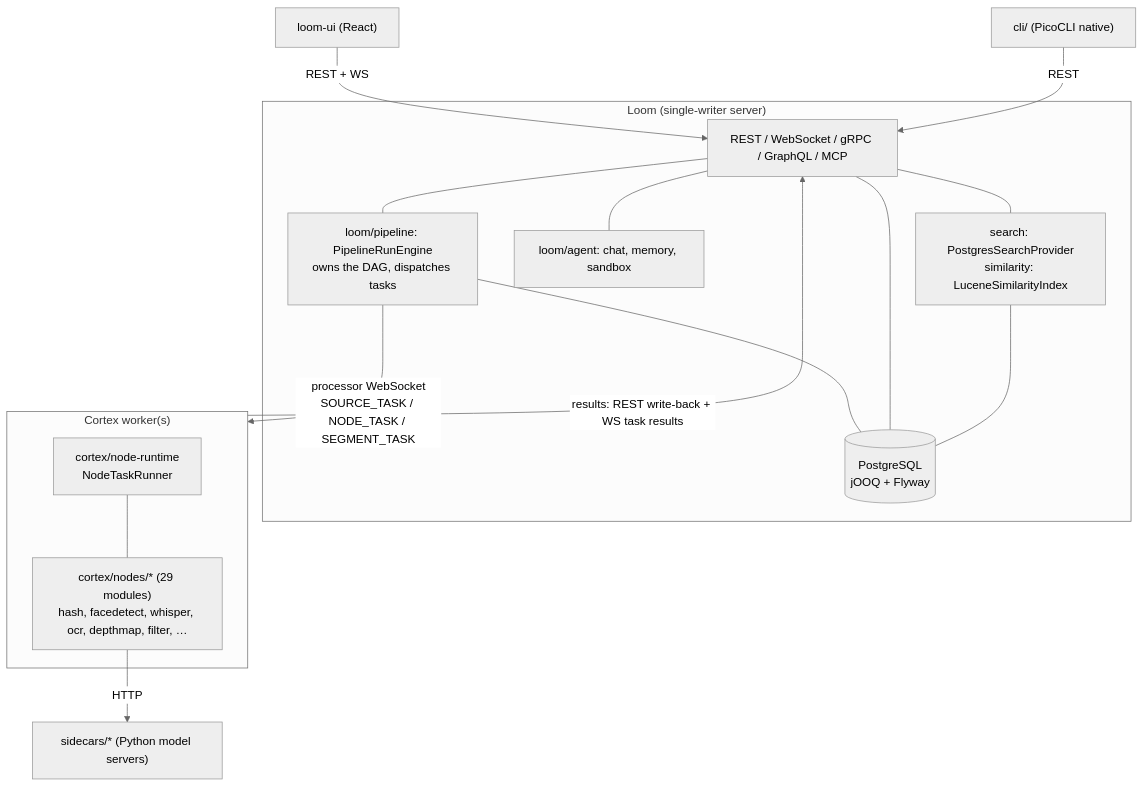
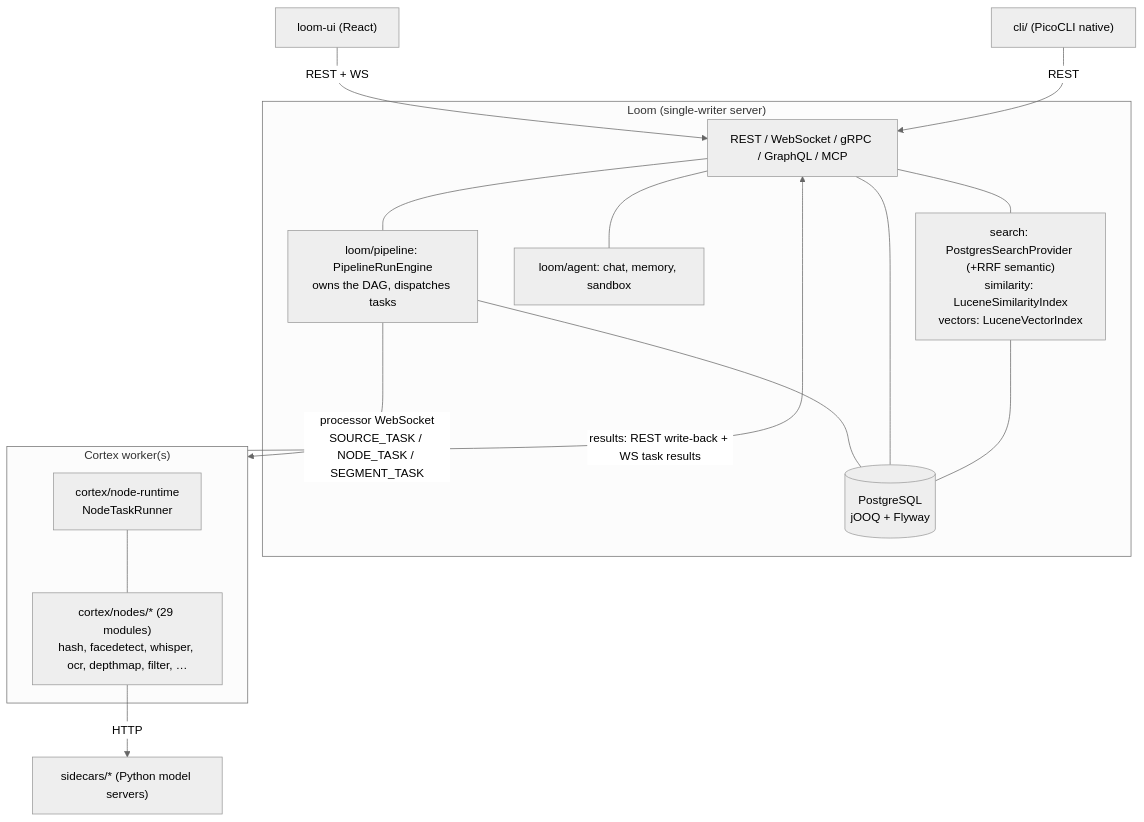
The diagram in spec/METALOOM_CONTEXT.md (metaloom/metaloom), drawn with Mermaid (neutral theme) before and after one commit. The commit also changed other lines of this file and 196 other files, not shown here.

Commit message:
Add missing screenshots, consistency/integrity check, search index admin page

````diff
--- a/spec/METALOOM_CONTEXT.md
+++ b/spec/METALOOM_CONTEXT.md
@@ -77,26 +77,26 @@
 ```mermaid
 graph TB
     UI["loom-ui (React)"] -->|REST + WS| REST
     CLI["cli/ (PicoCLI native)"] -->|REST| REST
     subgraph LOOM["Loom (single-writer server)"]
         REST["REST / WebSocket / gRPC / GraphQL / MCP"]
         ENG["loom/pipeline: PipelineRunEngine<br/>owns the DAG, dispatches tasks"]
         DB[("PostgreSQL<br/>jOOQ + Flyway")]
         AG["loom/agent: chat, memory, sandbox"]
-        SR["search: PostgresSearchProvider<br/>similarity: LuceneSimilarityIndex"]
+        SR["search: PostgresSearchProvider (+RRF semantic)<br/>similarity: LuceneSimilarityIndex<br/>vectors: LuceneVectorIndex"]
         REST --- ENG
         REST --- AG
         REST --- SR
         ENG --- DB
         REST --- DB
         SR --- DB
     end
     ENG -->|processor WebSocket<br/>SOURCE_TASK / NODE_TASK / SEGMENT_TASK| CX
     subgraph CX["Cortex worker(s)"]
         RT["cortex/node-runtime<br/>NodeTaskRunner"]
         ND["cortex/nodes/* (29 modules)<br/>hash, facedetect, whisper, ocr, depthmap, filter, …"]
         RT --- ND
     end
     ND -->|HTTP| SC["sidecars/* (Python model servers)"]
     CX -->|results: REST write-back + WS task results| REST
 ```
````
